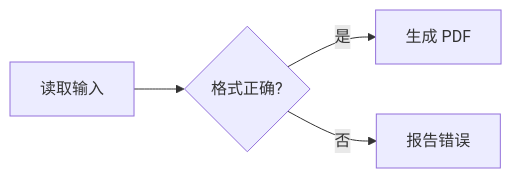
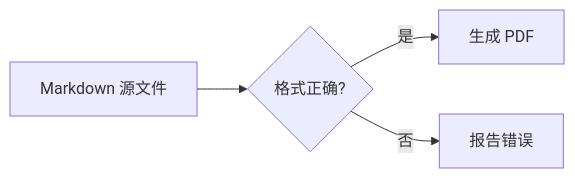
The first of 2 diagrams in test/fixtures/mermaid.md (xxxand/academic-markdown-css), drawn with Mermaid before and after one commit. The commit also changed 8 other files, not shown here.

First line of the commit message:
build(deps): update mermaid to 12.2.0

````diff
--- a/test/fixtures/mermaid.md
+++ b/test/fixtures/mermaid.md
@@ -5,6 +5,6 @@
 ```mermaid
 flowchart LR
-    A[读取输入] --> B{格式正确?}
+    A[Markdown 源文件] --> B{格式正确?}
     B -- 是 --> C[生成 PDF]
     B -- 否 --> D[报告错误]
 ```
````
